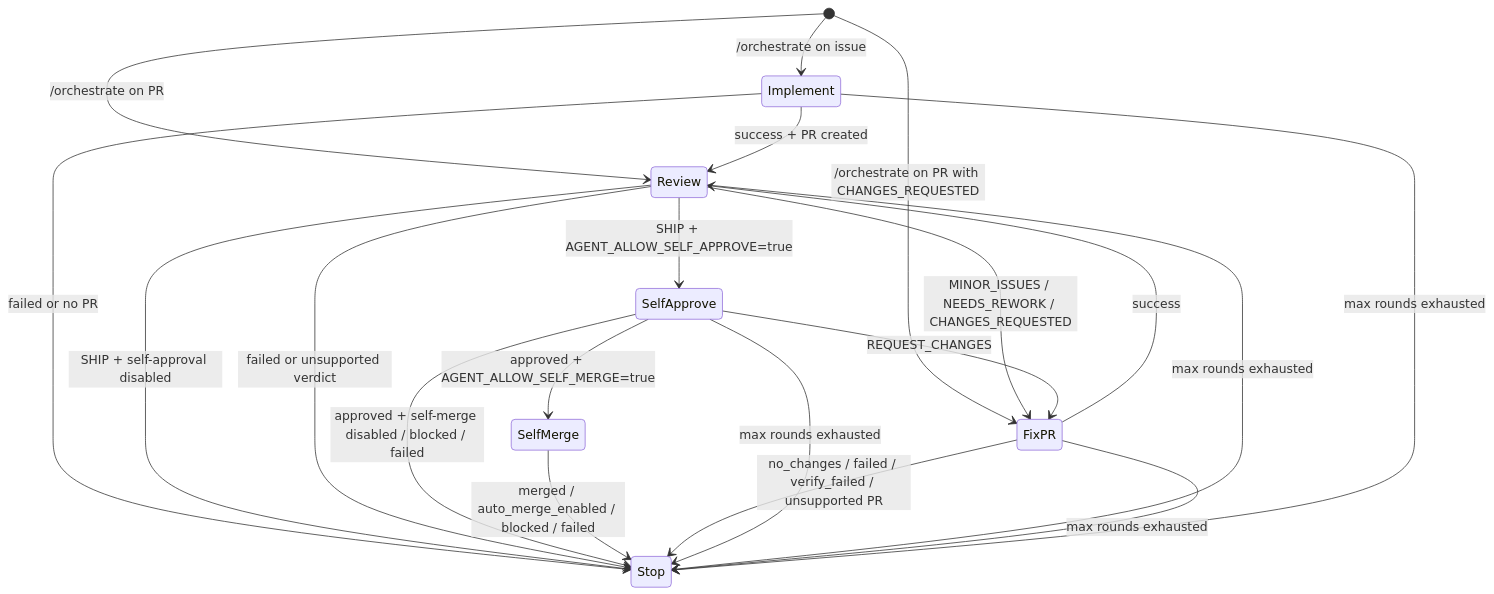
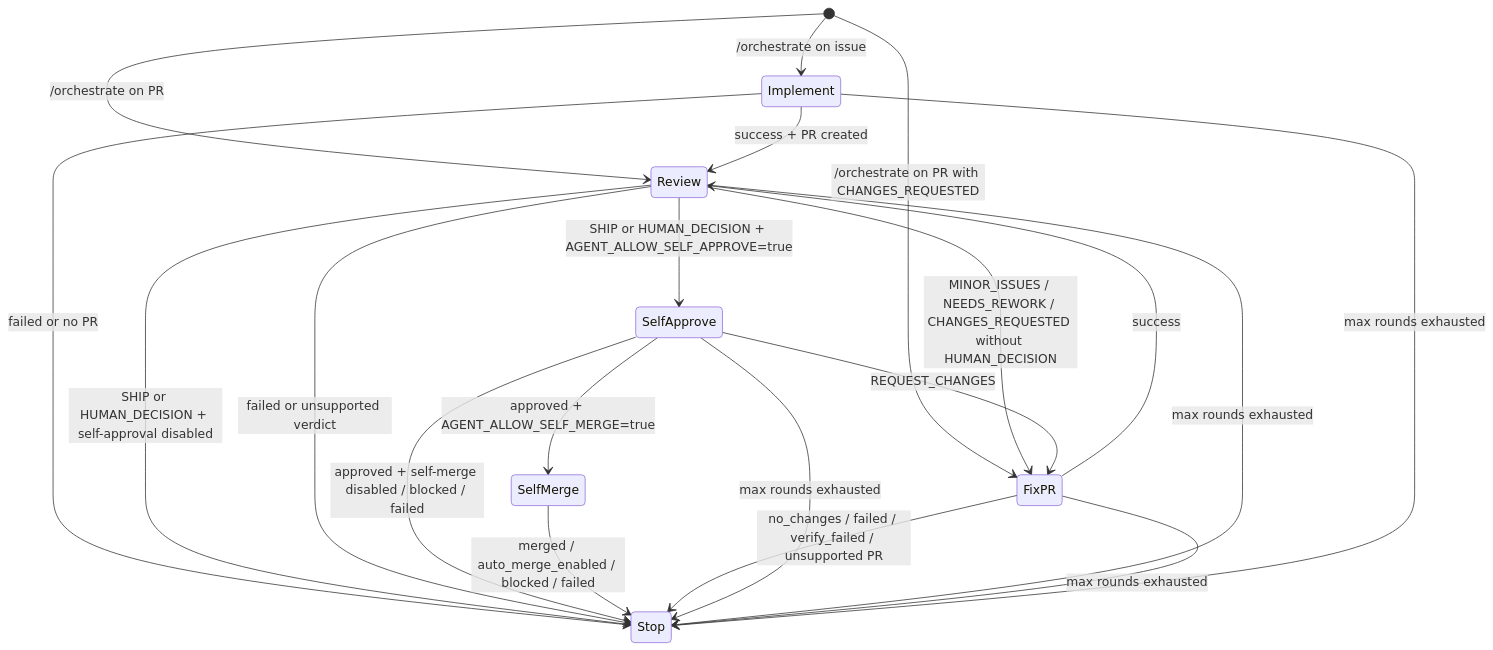
The diagram in .agent/docs/technical-details/agent-orchestrator.md (self-evolving/repo), drawn with Mermaid before and after one commit. The commit also changed other lines of this file and 16 other files, not shown here.

Commit message:
Route human-decision reviews to self-approval

````diff
--- a/.agent/docs/technical-details/agent-orchestrator.md
+++ b/.agent/docs/technical-details/agent-orchestrator.md
@@ -18,27 +18,27 @@
 ```mermaid
 stateDiagram-v2
     [*] --> Implement: /orchestrate on issue
     [*] --> Review: /orchestrate on PR
     [*] --> FixPR: /orchestrate on PR with CHANGES_REQUESTED
 
     Implement --> Review: success + PR created
     Implement --> Stop: failed or no PR
 
-    Review --> SelfApprove: SHIP + AGENT_ALLOW_SELF_APPROVE=true
-    Review --> FixPR: MINOR_ISSUES / NEEDS_REWORK / CHANGES_REQUESTED
-    Review --> Stop: SHIP + self-approval disabled
+    Review --> SelfApprove: SHIP or HUMAN_DECISION + AGENT_ALLOW_SELF_APPROVE=true
+    Review --> FixPR: MINOR_ISSUES / NEEDS_REWORK / CHANGES_REQUESTED without HUMAN_DECISION
+    Review --> Stop: SHIP or HUMAN_DECISION + self-approval disabled
     Review --> Stop: failed or unsupported verdict
 
     SelfApprove --> FixPR: REQUEST_CHANGES
     SelfApprove --> SelfMerge: approved + AGENT_ALLOW_SELF_MERGE=true
     SelfApprove --> Stop: approved + self-merge disabled / blocked / failed
     SelfMerge --> Stop: merged / auto_merge_enabled / blocked / failed
 
     FixPR --> Review: success
     FixPR --> Stop: no_changes / failed / verify_failed / unsupported PR
 
     SelfApprove --> Stop: max rounds exhausted
     Review --> Stop: max rounds exhausted
     FixPR --> Stop: max rounds exhausted
     Implement --> Stop: max rounds exhausted
 ```
````
